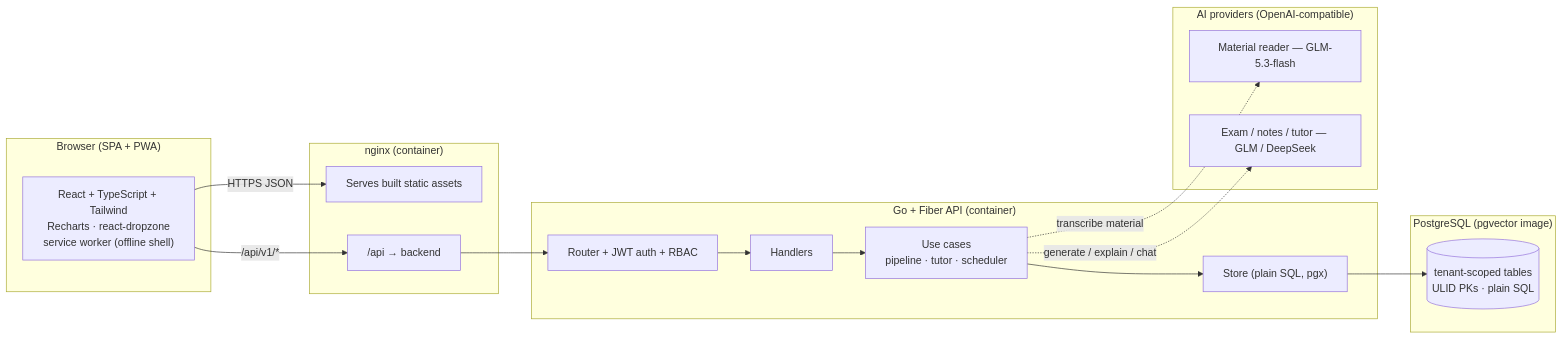
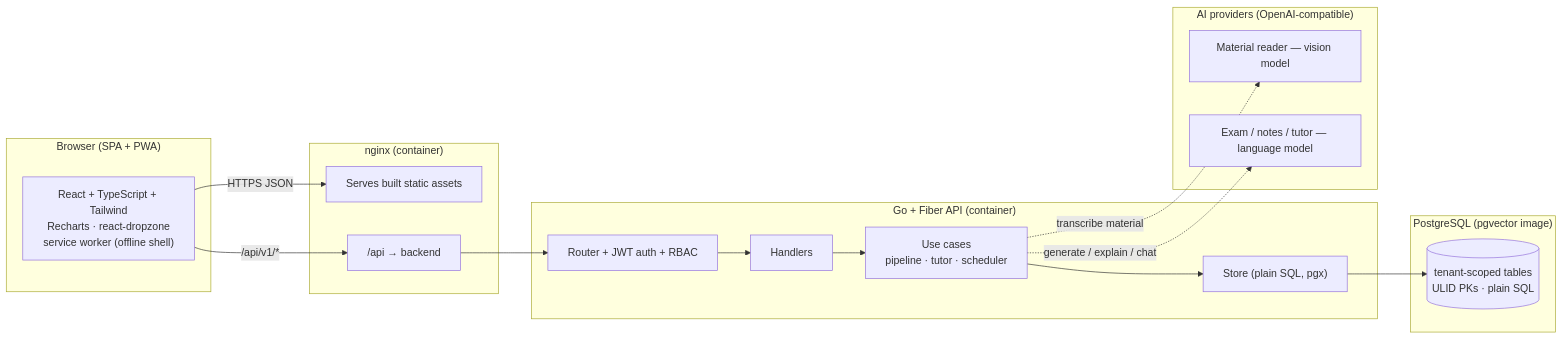
One commit to akbarharyadi/homework-studio changed the first of 8 diagrams in docs/TECHNICAL.md. Above: the diagram before and after it, drawn with Mermaid. The commit also changed other lines of this file and 9 other files, not shown here.

````diff
--- a/docs/TECHNICAL.md
+++ b/docs/TECHNICAL.md
@@ -32,32 +32,32 @@
 ```mermaid
 flowchart LR
     subgraph Client["Browser (SPA + PWA)"]
         UI["React + TypeScript + Tailwind<br/>Recharts · react-dropzone<br/>service worker (offline shell)"]
     end
 
     subgraph Edge["nginx (container)"]
         STATIC["Serves built static assets"]
         PROXY["/api → backend"]
     end
 
     subgraph API["Go + Fiber API (container)"]
         RT["Router + JWT auth + RBAC"]
         HD["Handlers"]
         UC["Use cases<br/>pipeline · tutor · scheduler"]
         ST["Store (plain SQL, pgx)"]
     end
 
     subgraph Data["PostgreSQL (pgvector image)"]
         PG[("tenant-scoped tables<br/>ULID PKs · plain SQL")]
     end
 
     subgraph AI["AI providers (OpenAI-compatible)"]
-        VIS["Material reader — GLM-5.3-flash"]
-        TUT["Exam / notes / tutor — GLM / DeepSeek"]
+        VIS["Material reader — vision model"]
+        TUT["Exam / notes / tutor — language model"]
     end
 
     UI -->|HTTPS JSON| STATIC
     UI -->|/api/v1/*| PROXY --> RT --> HD --> UC --> ST --> PG
     UC -.->|transcribe material| VIS
     UC -.->|generate / explain / chat| TUT
 ```
````
